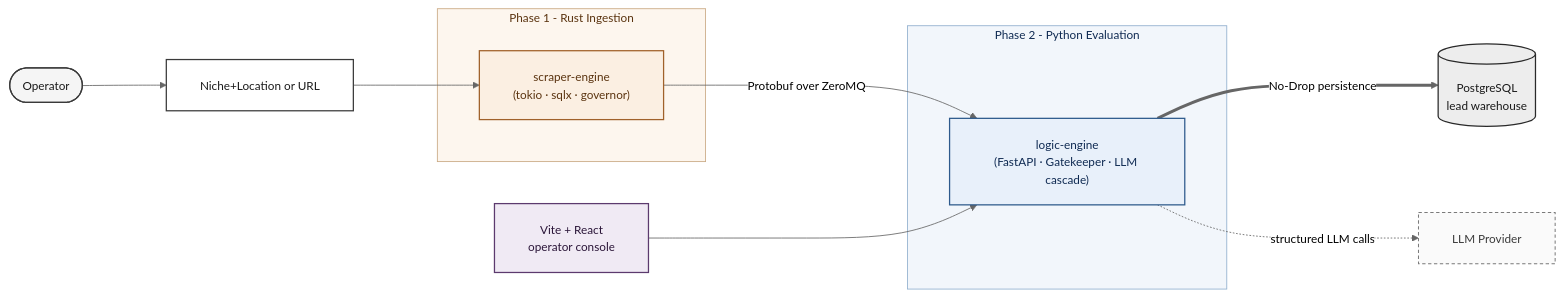
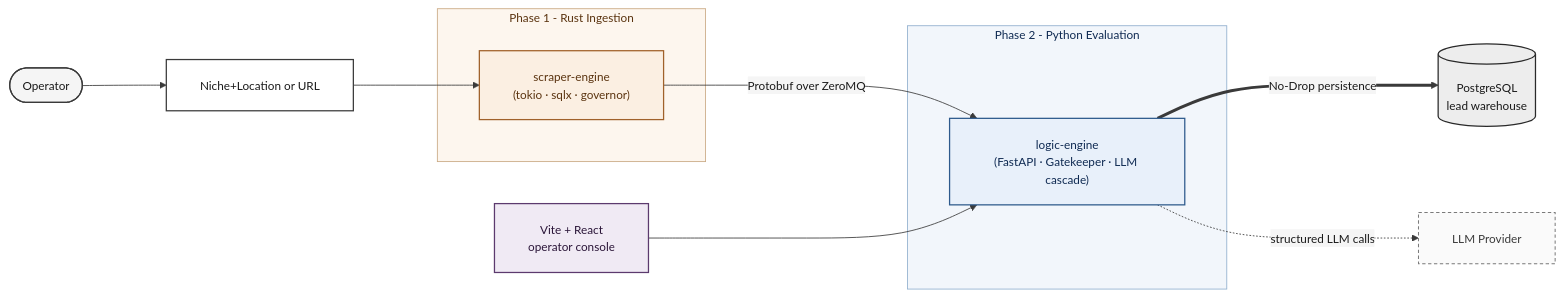
Before and after one commit to tesahe/trace-fabric: the diagram in README.md, drawn with Mermaid. The commit also changed 4 other files, not shown here.

Commit message:
(chore): updated diagrams

````diff
--- a/README.md
+++ b/README.md
@@ -38,39 +38,39 @@
 ```mermaid
-%%{init: {"theme": "neutral", "themeVariables": {"fontSize": "14px"}, "flowchart": {"curve": "basis", "padding": 20, "nodeSpacing": 80, "rankSpacing": 100}}}%%
+%%{init: {"theme": "base", "themeVariables": {"fontSize": "14px", "background": "#FFFFFF", "primaryColor": "#FFFFFF", "primaryTextColor": "#1A1A1A", "primaryBorderColor": "#3A3A3A", "lineColor": "#3A3A3A", "secondaryColor": "#F5F5F5", "tertiaryColor": "#FAFAFA"}, "flowchart": {"curve": "basis", "padding": 20, "nodeSpacing": 80, "rankSpacing": 100}}}%%
 flowchart LR
     U(["Operator"]) --> Q["Niche+Location or URL"]
 
     subgraph P1[Phase 1 - Rust Ingestion]
         R["scraper-engine<br/>(tokio · sqlx · governor)"]
     end
 
     subgraph P2[Phase 2 - Python Evaluation]
         L["logic-engine<br/>(FastAPI · Gatekeeper · LLM cascade)"]
     end
 
     Q --> R
     R -->|"  Protobuf over ZeroMQ  "| L
     L ==>|"  No-Drop persistence  "| DB[("PostgreSQL<br/>lead warehouse")]
     L -.->|"  structured LLM calls  "| LLM["LLM Provider"]
     F["Vite + React<br/>operator console"] --> L
 
     classDef default fill:#FFFFFF,stroke:#3A3A3A,stroke-width:1.5px,color:#1A1A1A
     classDef actor fill:#F5F5F5,stroke:#3A3A3A,stroke-width:1.5px,color:#1A1A1A
     classDef rust fill:#FBEFE2,stroke:#A0612A,stroke-width:1.5px,color:#5A330F
     classDef python fill:#E8F0FA,stroke:#2E5A8C,stroke-width:1.5px,color:#0F2A52
     classDef data fill:#EDEDED,stroke:#2A2A2A,stroke-width:1.5px,color:#1A1A1A
     classDef external fill:#FAFAFA,stroke:#7A7A7A,stroke-width:1.2px,stroke-dasharray:4 3,color:#3A3A3A
     classDef ui fill:#F0EAF4,stroke:#5C3A6E,stroke-width:1.5px,color:#2A1538
 
     class U actor
     class R rust
     class L python
     class DB data
     class LLM external
     class F ui
 
     style P1 fill:#FDF6EE,stroke:#C9A983,stroke-width:1px,color:#5A330F
     style P2 fill:#F2F6FB,stroke:#90AFCE,stroke-width:1px,color:#0F2A52
 
 
 ```
````
